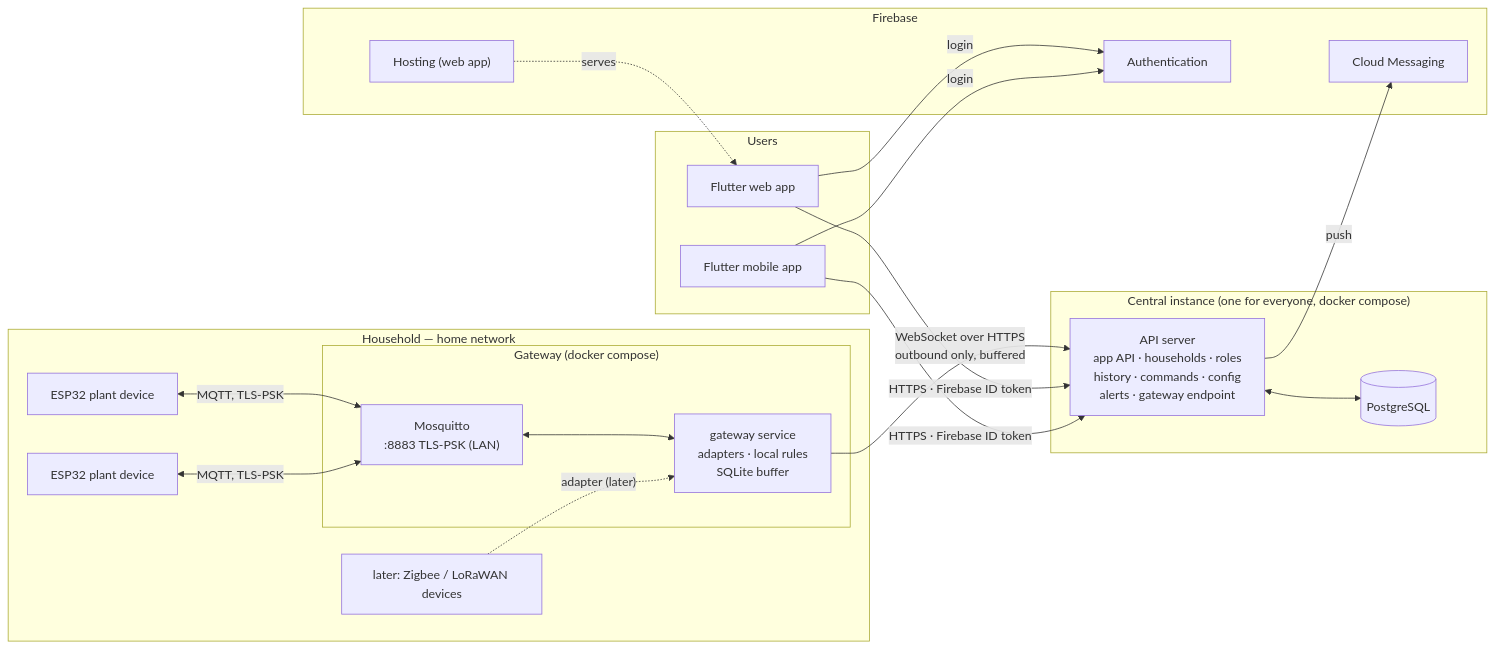
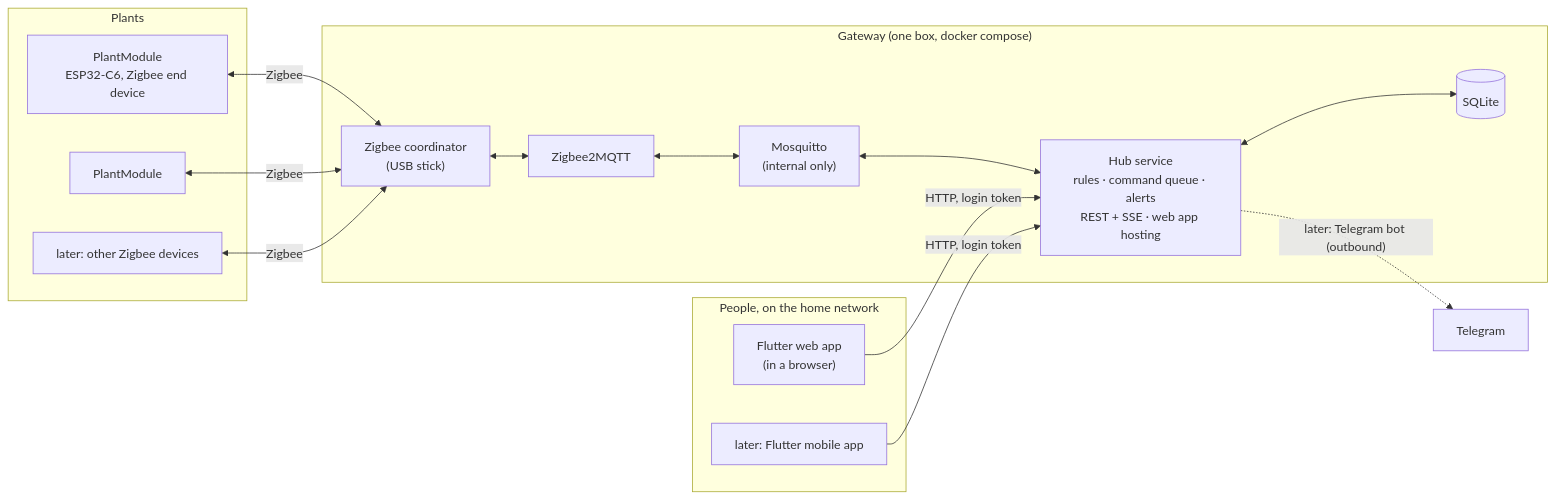
Before and after one commit to Hansom17/MoistureController: the first of 8 diagrams in PROJECT.md, drawn with Mermaid. The commit also changed other lines of this file and 504 other files, not shown here.

First line of the commit message:
Restructure into PlantModule/Gateway/Server/App and rewrite specs for the Zigbee hub design

````diff
--- a/PROJECT.md
+++ b/PROJECT.md
@@ -43,38 +37,27 @@
 ```mermaid
 flowchart LR
-    subgraph Home["Household — home network"]
-        D1["ESP32 plant device"]
-        D2["ESP32 plant device"]
-        Z["later: Zigbee / LoRaWAN devices"]
-        subgraph GW["Gateway (docker compose)"]
-            MQ["Mosquitto<br/>:8883 TLS-PSK (LAN)"]
-            GS["gateway service<br/>adapters · local rules<br/>SQLite buffer"]
-            MQ <--> GS
-        end
-        D1 & D2 <-- "MQTT, TLS-PSK" --> MQ
-        Z -. "adapter (later)" .-> GS
+    subgraph Plants["Plants"]
+        D1["PlantModule<br/>ESP32-C6, Zigbee end device"]
+        D2["PlantModule"]
+        ZO["later: other Zigbee devices"]
     end
 
-    subgraph Central["Central instance (one for everyone, docker compose)"]
-        API["API server<br/>app API · households · roles<br/>history · commands · config<br/>alerts · gateway endpoint"]
-        DB[("PostgreSQL")]
-        API <--> DB
+    subgraph GW["Gateway (one box, docker compose)"]
+        CO["Zigbee coordinator<br/>(USB stick)"]
+        Z2M["Zigbee2MQTT"]
+        MQ["Mosquitto<br/>(internal only)"]
+        HUB["Hub service<br/>rules · command queue · alerts<br/>REST + SSE · web app hosting"]
+        DB[("SQLite")]
+        CO <--> Z2M <--> MQ <--> HUB
+        HUB <--> DB
     end
 
-    subgraph FB["Firebase"]
-        AUTH["Authentication"]
-        FCM["Cloud Messaging"]
-        HOST["Hosting (web app)"]
+    subgraph Users["People, on the home network"]
+        W["Flutter web app<br/>(in a browser)"]
+        M["later: Flutter mobile app"]
     end
 
-    subgraph Users["Users"]
-        W["Flutter web app"]
-        M["Flutter mobile app"]
-    end
-
-    GS -- "WebSocket over HTTPS<br/>outbound only, buffered" --> API
-    W & M -- "HTTPS · Firebase ID token" --> API
-    W & M -- "login" --> AUTH
-    API -- "push" --> FCM
-    HOST -. "serves" .-> W
+    D1 & D2 & ZO <-- "Zigbee" --> CO
+    W & M -- "HTTP, login token" --> HUB
+    HUB -. "later: Telegram bot (outbound)" .-> TG["Telegram"]
 ```
````
